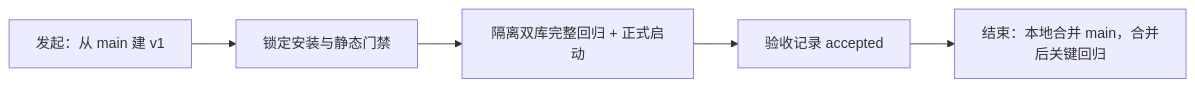
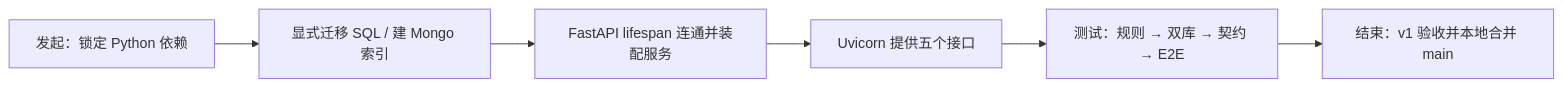
One commit to ZKshun/knowledge-hub-fastapi changed the fifth of 5 diagrams in docs/versions/v1/implementation-flow-report.md. Above: the diagram before and after it, drawn with Mermaid. The commit also changed other lines of this file and 6 other files, not shown here.

Commit message:
docs(v1): teach FastAPI document service flow

````diff
--- a/docs/versions/v1/implementation-flow-report.md
+++ b/docs/versions/v1/implementation-flow-report.md
@@ -138,7 +149,8 @@
 ```mermaid
 flowchart LR
-    A["发起：从 main 建 v1"] --> B["锁定安装与静态门禁"]
-    B --> C["隔离双库完整回归 + 正式启动"]
-    C --> D["验收记录 accepted"]
-    D --> E["结束：本地合并 main，合并后关键回归"]
+    A["发起：锁定 Python 依赖"] --> B["显式迁移 SQL / 建 Mongo 索引"]
+    B --> C["FastAPI lifespan 连通并装配服务"]
+    C --> D["Uvicorn 提供五个接口"]
+    D --> E["测试：规则 → 双库 → 契约 → E2E"]
+    E --> F["结束：v1 验收并本地合并 main"]
 ```
````
